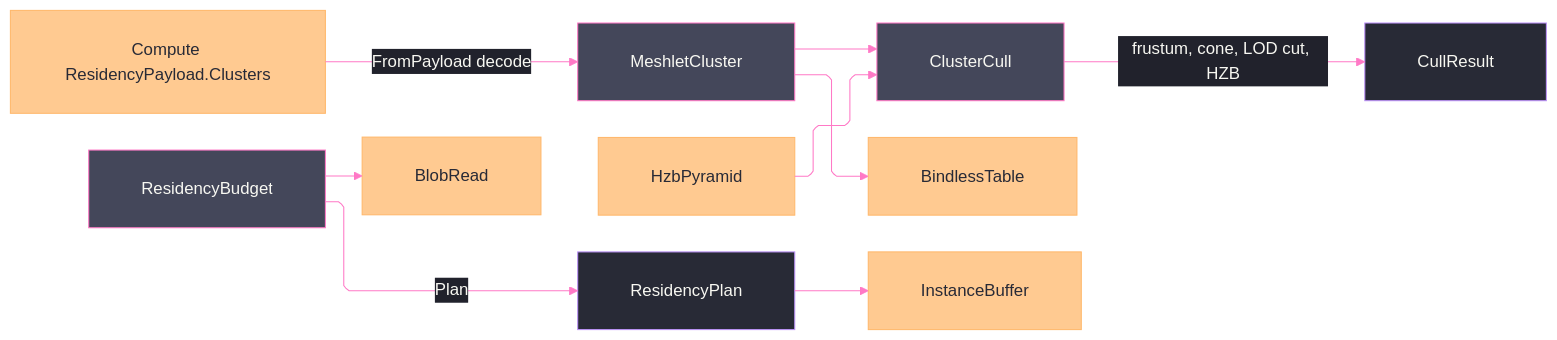
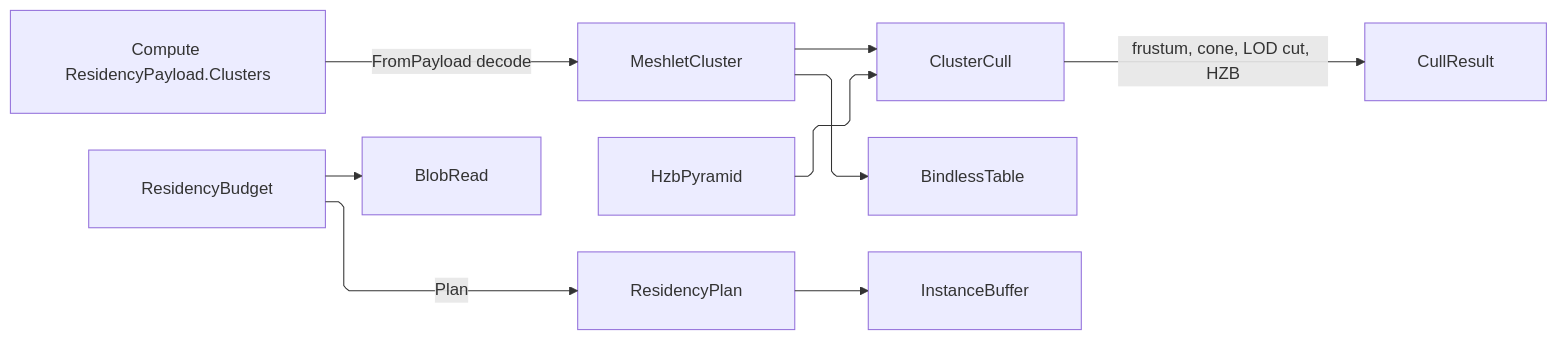
Before and after one commit to bsamiee/Rasm: the diagram in libs/csharp/Rasm.AppUi/.planning/Render/meshlets.md, drawn with Mermaid. The commit also changed 324 other files, not shown here.

````diff
--- a/libs/csharp/Rasm.AppUi/.planning/Render/meshlets.md
+++ b/libs/csharp/Rasm.AppUi/.planning/Render/meshlets.md
@@ -317,42 +317,20 @@
 ```mermaid
 ---
 config:
-  theme: base
-  look: classic
   layout: elk
   flowchart:
     curve: linear
     padding: 25
-  themeVariables:
-    darkMode: true
-    fontFamily: "SF Mono, Menlo, Cascadia Mono, Segoe UI Mono, Consolas, monospace"
-    useGradient: false
-    dropShadow: "none"
-    background: "#282A36"
-    primaryColor: "#44475A"
-    primaryTextColor: "#F8F8F2"
-    primaryBorderColor: "#BD93F9"
-    lineColor: "#FF79C6"
-    textColor: "#F8F8F2"
-    edgeLabelBackground: "#21222C"
-    labelBackgroundColor: "#21222C"
-  themeCSS: ".nodeLabel{font-size:13px;font-weight:500}.edgeLabel{font-size:12px;font-weight:500}.cluster-label .nodeLabel{font-size:13.5px;font-weight:700;letter-spacing:.08em}.edge-thickness-normal{stroke-width:2px}.edge-thickness-thick{stroke-width:3px}.edge-pattern-dashed,.edge-pattern-dotted{stroke-width:1.5px;stroke-dasharray:4 6}.node rect,.node circle,.node polygon,.node path,.node .outer-path{stroke-width:1.5px;filter:none!important}.cluster rect{stroke-width:1px!important;stroke-dasharray:5 4!important;filter:none!important}.marker path{transform:scale(.8);transform-origin:5px 5px}.marker circle{transform:scale(.48);transform-origin:5px 5px}.edgeLabel rect{transform-box:fill-box;transform-origin:center;transform:scale(1.1,1.2)}"
 ---
 flowchart LR
     accTitle: Meshlet residency and culling flow
     accDescr: Compute residency payloads project into meshlet clusters, cull state, draw cuts, and residency plans.
     Payload["Compute ResidencyPayload.Clusters"] -->|FromPayload decode| MeshletCluster
     MeshletCluster --> ClusterCull
     ClusterCull -->|frustum, cone, LOD cut, HZB| CullResult
     HzbPyramid --> ClusterCull
     MeshletCluster --> BindlessTable
     ResidencyBudget -->|Plan| ResidencyPlan
     ResidencyPlan --> InstanceBuffer
     ResidencyBudget --> BlobRead
-    classDef primary fill:#44475A,stroke:#FF79C6,color:#F8F8F2
-    classDef data fill:#FFB86CBF,stroke:#FFB86C,color:#282A36
-    classDef boundary fill:#282A36,stroke:#BD93F9,color:#F8F8F2
-    class MeshletCluster,ClusterCull,ResidencyBudget primary
-    class Payload,HzbPyramid,BindlessTable,InstanceBuffer,BlobRead data
-    class CullResult,ResidencyPlan boundary
 ```
````
